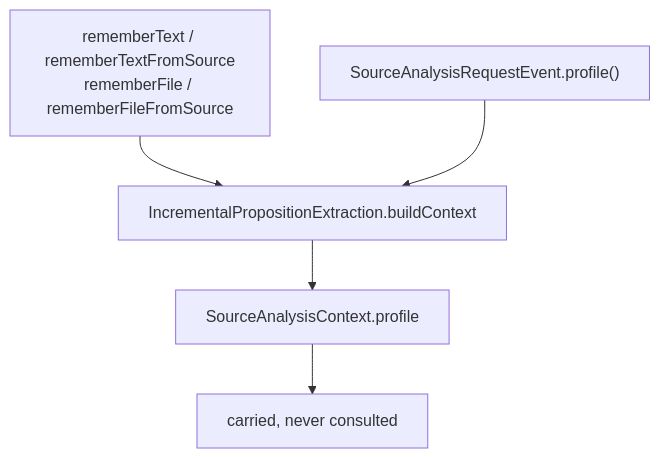
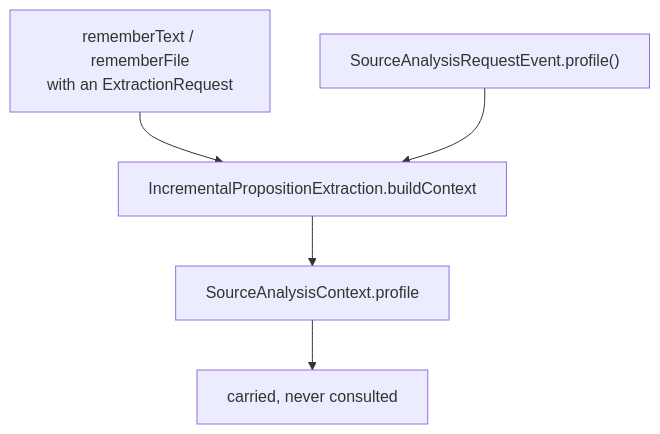
Before and after one commit to embabel/dice: the second of 3 diagrams in docs/design/extraction-profiles.md, drawn with Mermaid. The commit also changed other lines of this file and 10 other files, not shown here.

First line of the commit message:
Introduce ExtractionRequest as the entry-point surface

````diff
--- a/docs/design/extraction-profiles.md
+++ b/docs/design/extraction-profiles.md
@@ -97,7 +97,7 @@
 ```mermaid
 flowchart TD
-    A["rememberText / rememberTextFromSource<br/>rememberFile / rememberFileFromSource"] --> C
+    A["rememberText / rememberFile<br/>with an ExtractionRequest"] --> C
     B["SourceAnalysisRequestEvent.profile()"] --> C
     C["IncrementalPropositionExtraction.buildContext"] --> CTX
     CTX["SourceAnalysisContext.profile"] --> X["carried, never consulted"]
 ```
````
